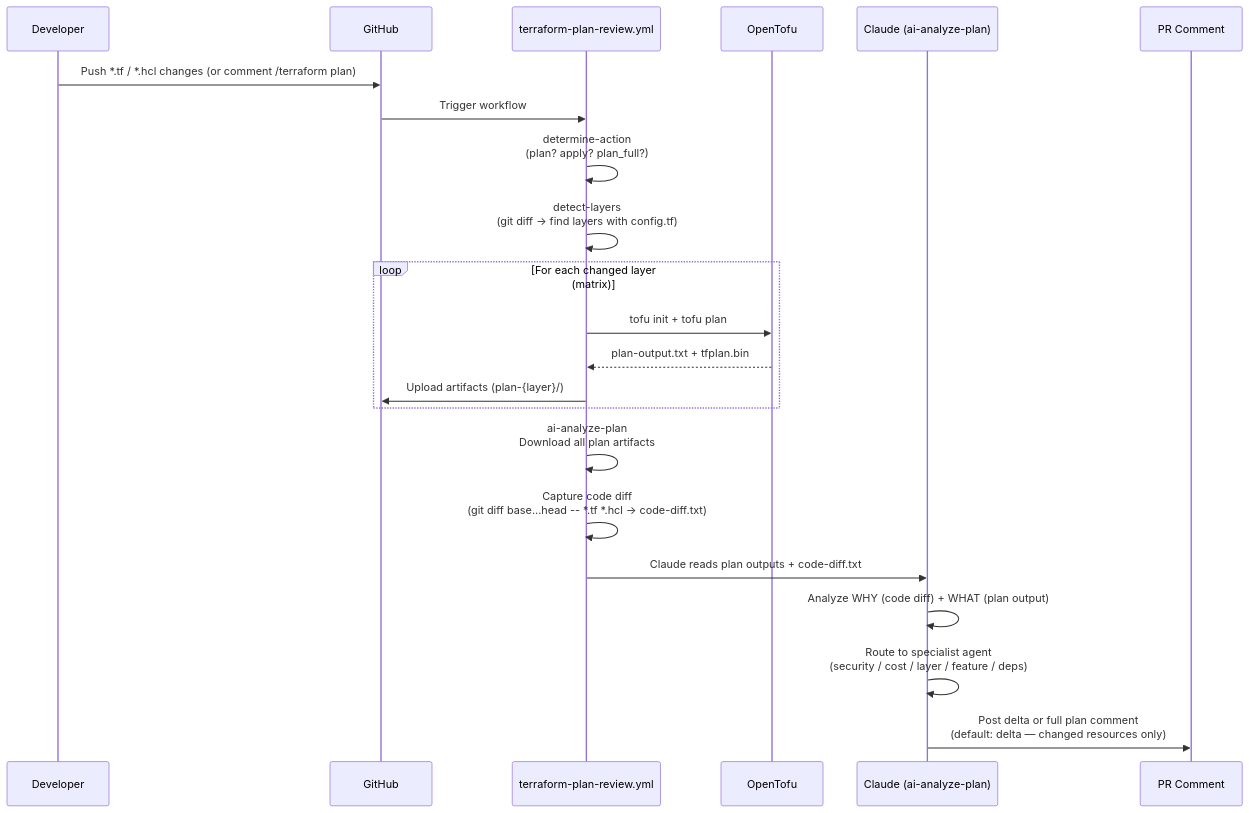
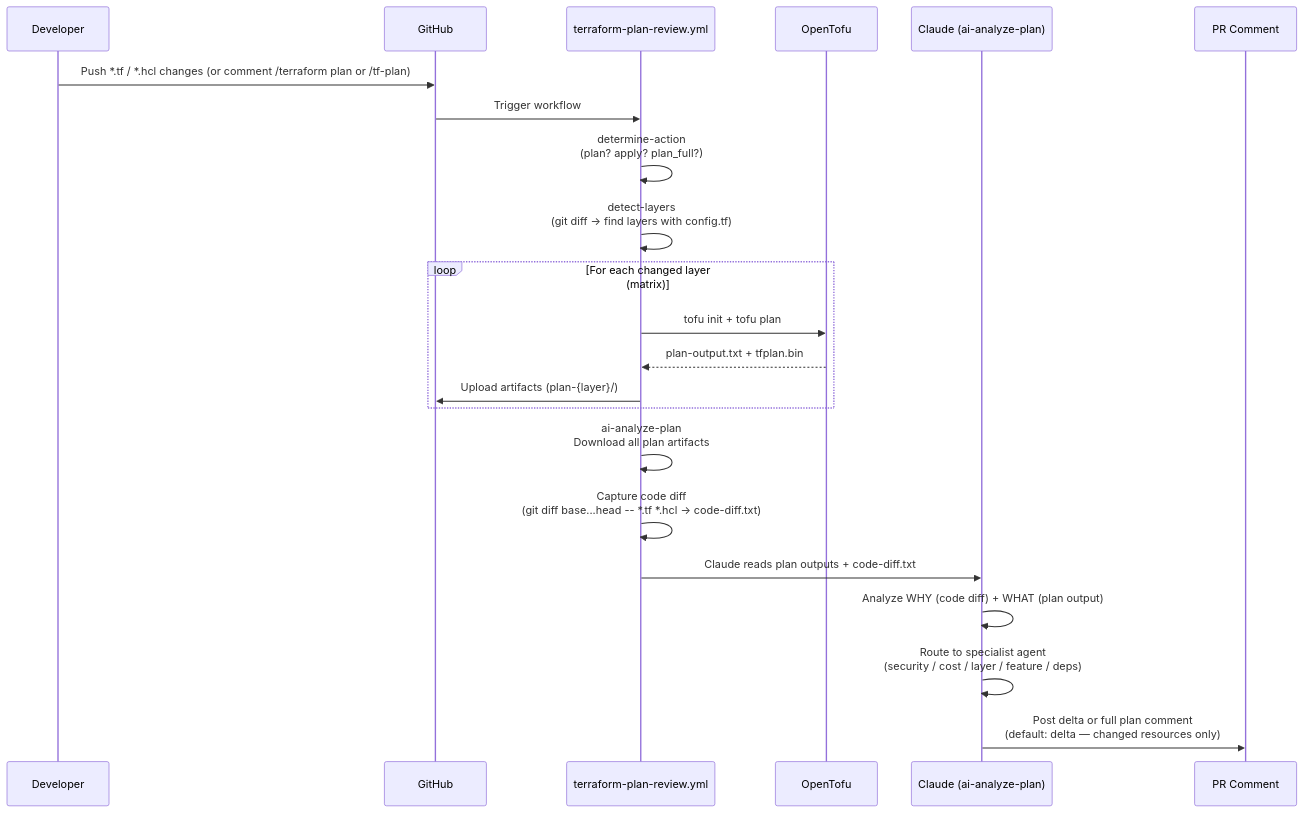
Before and after one commit to binbashar/le-tf-infra-aws: the first of 4 diagrams in .github/docs/claude-workflows.md, drawn with Mermaid. The commit also changed other lines of this file and 1 other file, not shown here.

First line of the commit message:
feat: add /tf-plan and /tf-apply short aliases for PR comments

````diff
--- a/.github/docs/claude-workflows.md
+++ b/.github/docs/claude-workflows.md
@@ -25,29 +25,29 @@
 ```mermaid
 sequenceDiagram
     participant Dev as Developer
     participant GH as GitHub
     participant WF as terraform-plan-review.yml
     participant Tofu as OpenTofu
     participant AI as Claude (ai-analyze-plan)
     participant PR as PR Comment
 
-    Dev->>GH: Push *.tf / *.hcl changes (or comment /terraform plan)
+    Dev->>GH: Push *.tf / *.hcl changes (or comment /terraform plan or /tf-plan)
     GH->>WF: Trigger workflow
 
     WF->>WF: determine-action<br/>(plan? apply? plan_full?)
     WF->>WF: detect-layers<br/>(git diff → find layers with config.tf)
 
     loop For each changed layer (matrix)
         WF->>Tofu: tofu init + tofu plan
         Tofu-->>WF: plan-output.txt + tfplan.bin
         WF->>GH: Upload artifacts (plan-{layer}/)
     end
 
     WF->>WF: ai-analyze-plan<br/>Download all plan artifacts
     WF->>WF: Capture code diff<br/>(git diff base...head -- *.tf *.hcl → code-diff.txt)
 
     WF->>AI: Claude reads plan outputs + code-diff.txt
     AI->>AI: Analyze WHY (code diff) + WHAT (plan output)
     AI->>AI: Route to specialist agent<br/>(security / cost / layer / feature / deps)
     AI->>PR: Post delta or full plan comment<br/>(default: delta — changed resources only)
 ```
````
